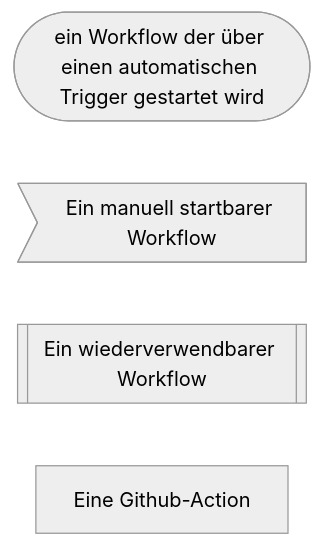
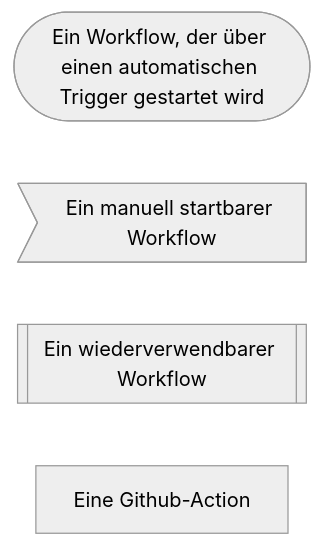
The first of 13 diagrams in docs/src/technik/ecosystem/workflowsAndArtifacts/dependencies.md (it-at-m/Wahllokalsystem), drawn with Mermaid (neutral theme) before and after one commit. The commit also changed other lines of this file, not shown here.

````diff
--- a/docs/src/technik/ecosystem/workflowsAndArtifacts/dependencies.md
+++ b/docs/src/technik/ecosystem/workflowsAndArtifacts/dependencies.md
@@ -8,8 +8,8 @@
 ```mermaid
 flowchart LR
-    idTriggerable([ein Workflow der über einen automatischen Trigger gestartet wird])
+    idTriggerable([Ein Workflow, der über einen automatischen Trigger gestartet wird])
     idDispatchable>Ein manuell startbarer Workflow]
     idReusable[[Ein wiederverwendbarer Workflow]]
     idGithubAction[Eine Github-Action]
 
 ```
````
